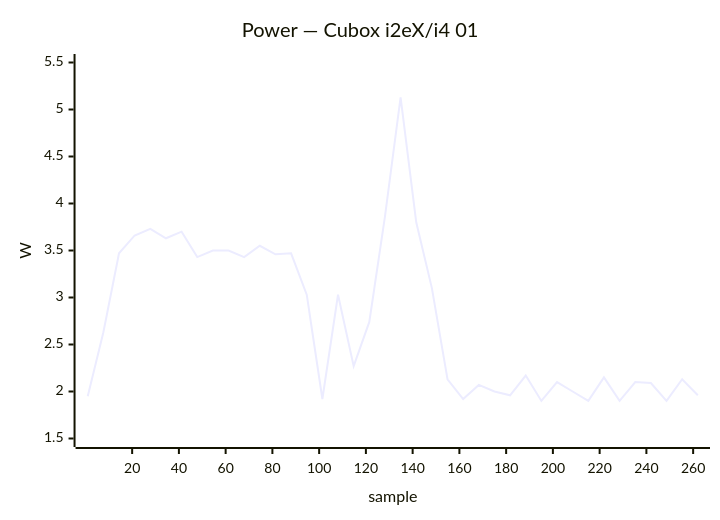
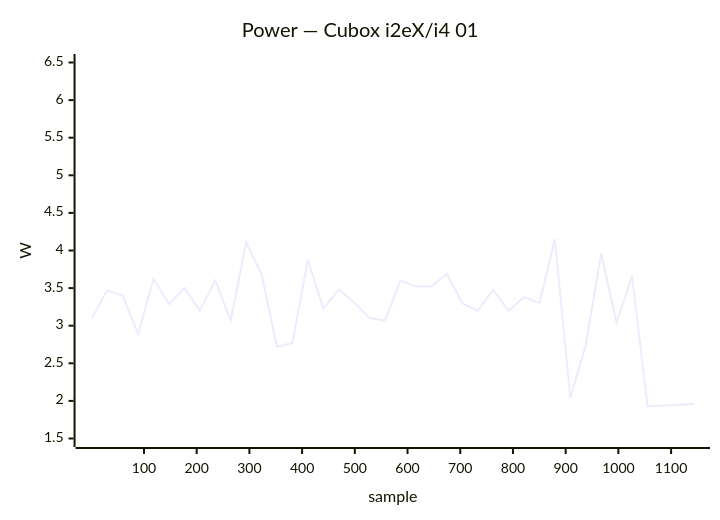
The first of 34 diagrams in docs/status/board-tests.md (armbian/documentation), drawn with Mermaid before and after one commit. The commit also changed other lines of this file, not shown here.

````diff
--- a/docs/status/board-tests.md
+++ b/docs/status/board-tests.md
@@ -68,7 +68,7 @@
 ```mermaid
 xychart-beta
     title "Power — Cubox i2eX/i4 01"
-    x-axis "sample" 1 --> 262
-    y-axis "W" 1.5 --> 5.5
-    line [1.95, 2.63, 3.47, 3.66, 3.73, 3.63, 3.70, 3.43, 3.50, 3.50, 3.43, 3.55, 3.46, 3.47, 3.03, 1.92, 3.03, 2.27, 2.74, 3.86, 5.13, 3.80, 3.10, 2.13, 1.92, 2.07, 2.00, 1.96, 2.17, 1.90, 2.10, 2.00, 1.90, 2.15, 1.90, 2.10, 2.09, 1.90, 2.13, 1.96]
+    x-axis "sample" 1 --> 1143
+    y-axis "W" 1.5 --> 6.5
+    line [3.10, 3.47, 3.40, 2.89, 3.62, 3.29, 3.50, 3.20, 3.60, 3.07, 4.11, 3.68, 2.72, 2.77, 3.88, 3.23, 3.48, 3.31, 3.10, 3.07, 3.60, 3.52, 3.52, 3.69, 3.30, 3.20, 3.48, 3.20, 3.38, 3.30, 4.15, 2.04, 2.74, 3.96, 3.04, 3.66, 1.93, 1.94, 1.95, 1.96]
 ```
````
